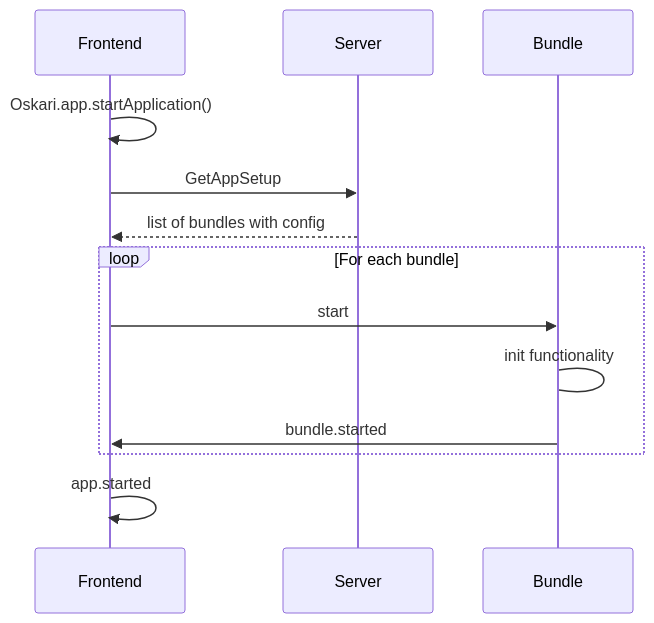
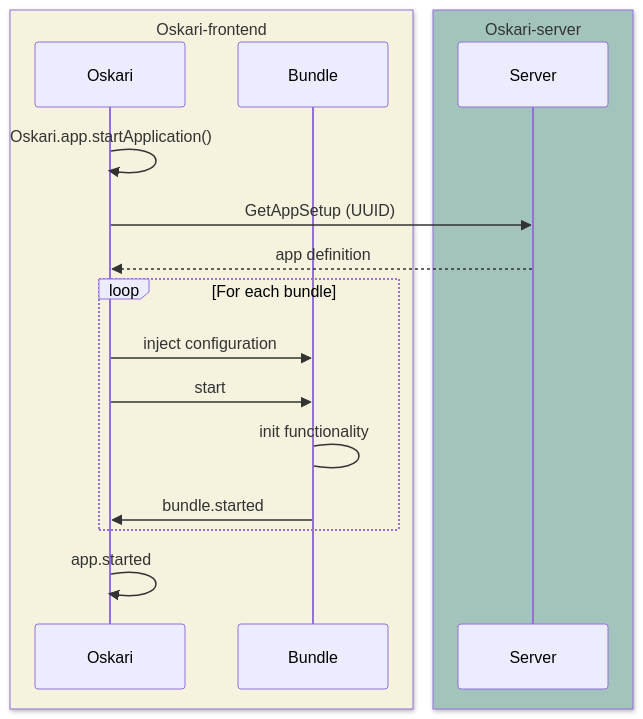
Before and after one commit to oskariorg/oskari-documentation: the diagram in 2 Application environment/00020-Frontend.md, drawn with Mermaid. The commit also changed other lines of this file and 3 other files, not shown here.

Commit message:
Replace pngs with mermaid

````diff
--- a/2 Application environment/00020-Frontend.md
+++ b/2 Application environment/00020-Frontend.md
@@ -15,12 +15,21 @@
 ```mermaid
 sequenceDiagram
-    Frontend->>Frontend: Oskari.app.startApplication()
-    Frontend->>Server: GetAppSetup
-    Server-->>Frontend: list of bundles with config
-    loop For each bundle
-        Frontend->>Bundle: start
-        Bundle->Bundle: init functionality
-        Bundle->>Frontend: bundle.started
-    end
-    Frontend->>Frontend: app.started
+  box rgb(245, 242, 222) Oskari-frontend
+  participant Oskari as Oskari
+  participant Bundle as Bundle
+  end
+  box rgb(163, 196, 188) Oskari-server
+  participant Server as Server
+  end
+
+  Oskari ->> Oskari: Oskari.app.startApplication()
+  Oskari ->> Server: GetAppSetup (UUID)
+  Server -->> Oskari: app definition
+  loop For each bundle
+    Oskari ->> Bundle: inject configuration
+    Oskari ->> Bundle: start
+    Bundle -> Bundle: init functionality
+    Bundle ->> Oskari: bundle.started
+  end
+  Oskari ->> Oskari: app.started
 ```
````
